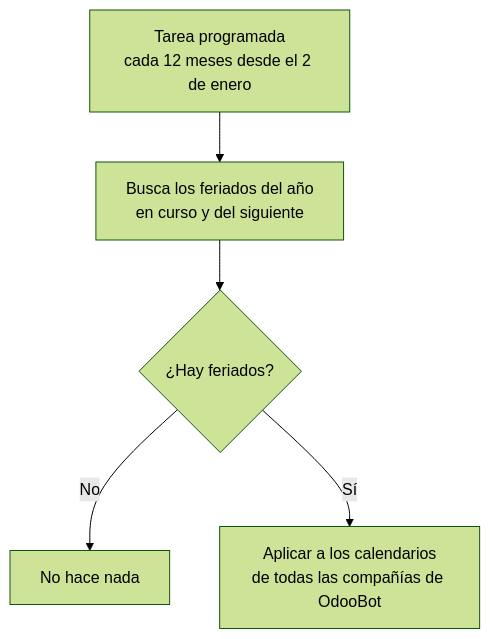
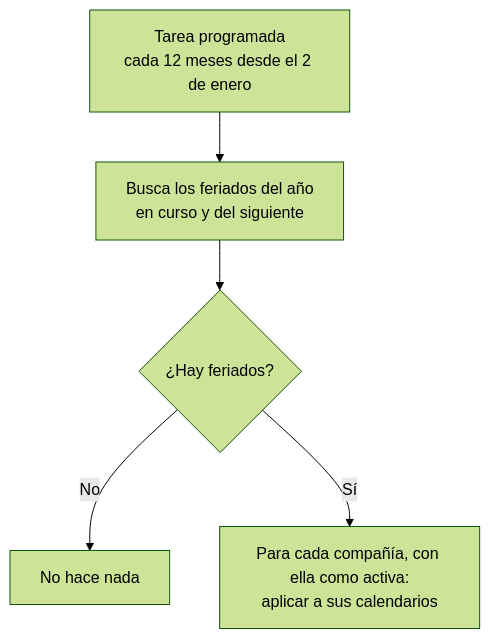
The diagram in OL-PAYROLL/al_hr_pe_public_holidays/static/description/diagramas/anual.mmd (olanoit/ol_new_apps), drawn with Mermaid (forest theme) before and after one commit. The commit also changed 190 other files, not shown here.

```diff
--- a/OL-PAYROLL/al_hr_pe_public_holidays/static/description/diagramas/anual.mmd
+++ b/OL-PAYROLL/al_hr_pe_public_holidays/static/description/diagramas/anual.mmd
@@ -1,5 +1,5 @@
 flowchart TD
   A[Tarea programada<br/>cada 12 meses desde el 2 de enero] --> B[Busca los feriados del año<br/>en curso y del siguiente]
   B --> C{¿Hay feriados?}
   C -- No --> D[No hace nada]
-  C -- Sí --> E[Aplicar a los calendarios<br/>de todas las compañías de OdooBot]
+  C -- Sí --> E[Para cada compañía, con ella como activa:<br/>aplicar a sus calendarios]
```
